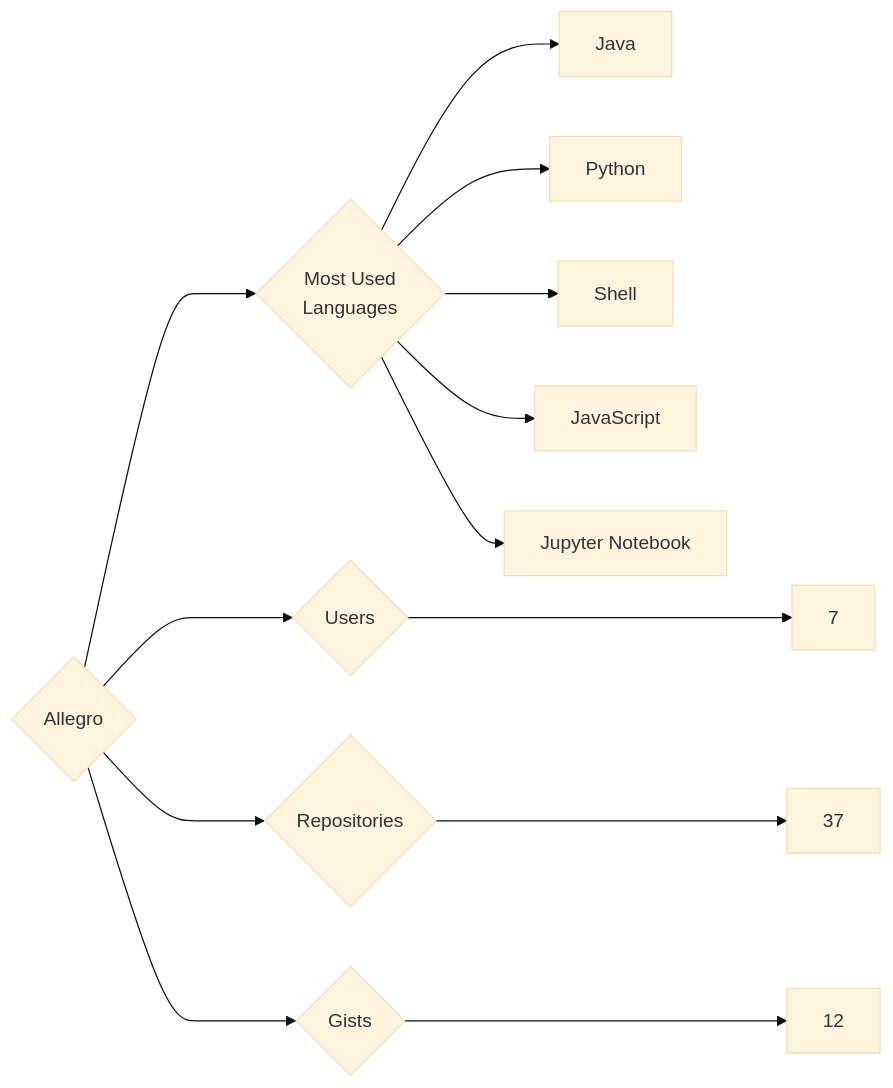
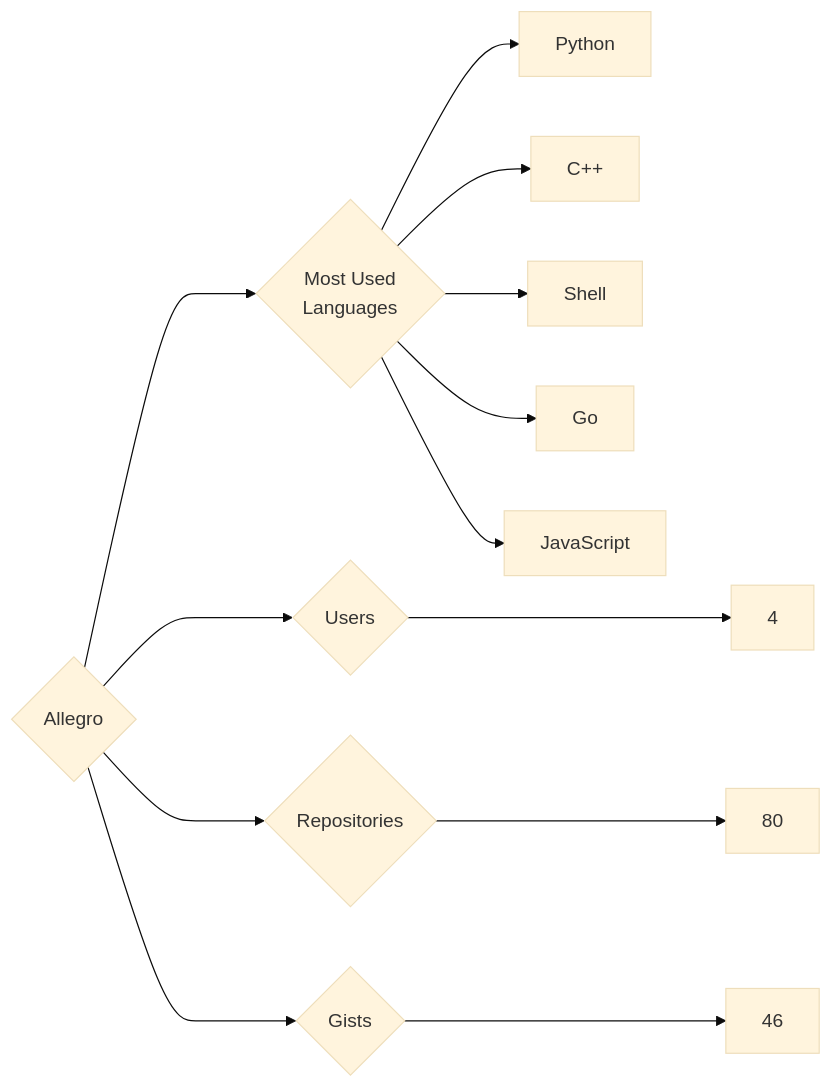
The diagram in targets/Allegro/README.md (trickest/insiders), drawn with Mermaid (base theme) before and after one commit. The commit also changed 859 other files, not shown here.

````diff
--- a/targets/Allegro/README.md
+++ b/targets/Allegro/README.md
@@ -3,13 +3,13 @@
 ```mermaid
 graph LR
 COMPANY_NAME{Allegro}
-COMPANY_NAME ---> U{Users} ---> UN[7]
-COMPANY_NAME ---> R{Repositories} ---> RN[37]
-COMPANY_NAME ---> G{Gists} ---> GN[12]
+COMPANY_NAME ---> U{Users} ---> UN[4]
+COMPANY_NAME ---> R{Repositories} ---> RN[80]
+COMPANY_NAME ---> G{Gists} ---> GN[46]
 COMPANY_NAME ---> ML{Most Used<br>Languages}
-ML --> Java[Java]
 ML --> Python[Python]
+ML --> C++[C++]
 ML --> Shell[Shell]
+ML --> Go[Go]
 ML --> JavaScript[JavaScript]
-ML --> Jupyter_Notebook[Jupyter Notebook]
 ```
````
